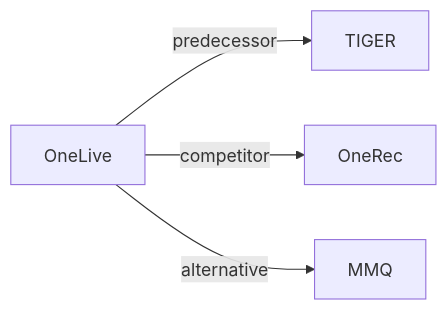
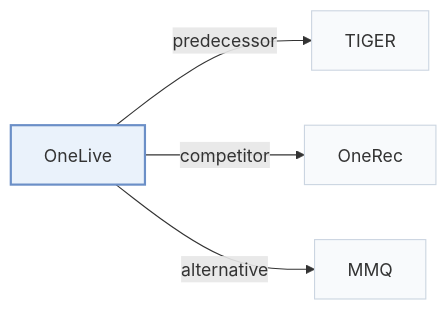
One commit to Galaxy-ghost/Awesome-SID-Generative-Rec changed the second of 2 diagrams in pages/papers/onelive.md. Above: the diagram before and after it, drawn with Mermaid. The commit also changed other lines of this file and 649 other files, not shown here.

Commit message:
writer-05: also tags and modality index (schema, check, build, visuals); summary field removed; calibration data for 12 papers

````diff
--- a/pages/papers/onelive.md
+++ b/pages/papers/onelive.md
@@ -69,7 +74,11 @@
 ```mermaid
 flowchart LR
     P["OneLive"]
-    P -->|predecessor| A["TIGER"]
-    P -->|competitor| B["OneRec"]
-    P -->|alternative| C["MMQ"]
+    P -->|"predecessor"| A["TIGER"]
+    P -->|"competitor"| B["OneRec"]
+    P -->|"alternative"| C["MMQ"]
+    classDef main fill:#eaf2fb,stroke:#6b8fc7,stroke-width:2px
+    classDef peer fill:#f8fafc,stroke:#cbd5e1
+    class P main
+    class A,B,C peer
 ```
````
